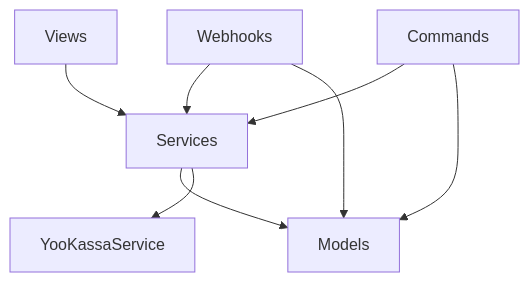
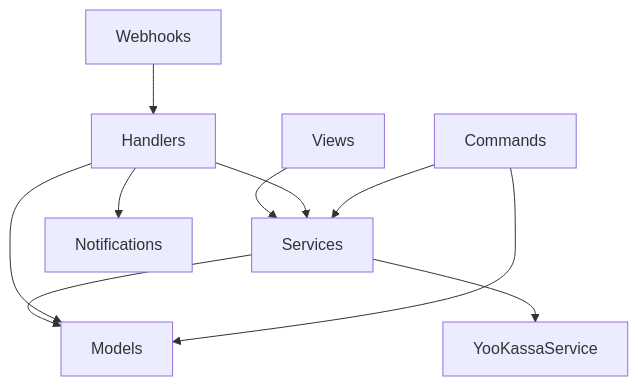
Before and after one commit to nickfitnesscoach-ctrl/fitness-app: the diagram in backend/apps/billing/docs/architecture.md, drawn with Mermaid. The commit also changed other lines of this file and 23 other files, not shown here.

````diff
--- a/backend/apps/billing/docs/architecture.md
+++ b/backend/apps/billing/docs/architecture.md
@@ -100,10 +102,12 @@
 ```mermaid
 graph TD
     Views --> Services
     Services --> Models
     Services --> YooKassaService
-    Webhooks --> Services
-    Webhooks --> Models
+    Webhooks --> Handlers
+    Handlers --> Services
+    Handlers --> Models
+    Handlers --> Notifications
     Commands --> Services
     Commands --> Models
 ```
````
